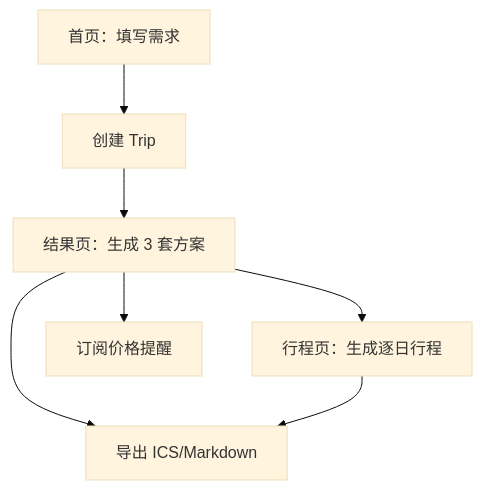
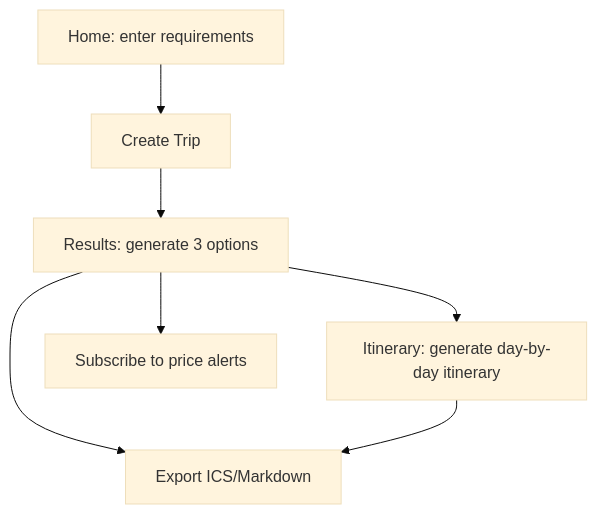
Before and after one commit to songyu-Ren/tripSmith: the diagram in .trae/documents/TripSmith-PRD.md, drawn with Mermaid (base theme). The commit also changed other lines of this file and 19 other files, not shown here.

````diff
--- a/.trae/documents/TripSmith-PRD.md
+++ b/.trae/documents/TripSmith-PRD.md
@@ -30,9 +30,9 @@
 ```mermaid
 graph TD
-  A["首页：填写需求"] --> B["创建 Trip"]
-  B --> C["结果页：生成 3 套方案"]
-  C --> D["行程页：生成逐日行程"]
-  C --> E["订阅价格提醒"]
-  C --> F["导出 ICS/Markdown"]
+  A["Home: enter requirements"] --> B["Create Trip"]
+  B --> C["Results: generate 3 options"]
+  C --> D["Itinerary: generate day-by-day itinerary"]
+  C --> E["Subscribe to price alerts"]
+  C --> F["Export ICS/Markdown"]
   D --> F
 ```
````
